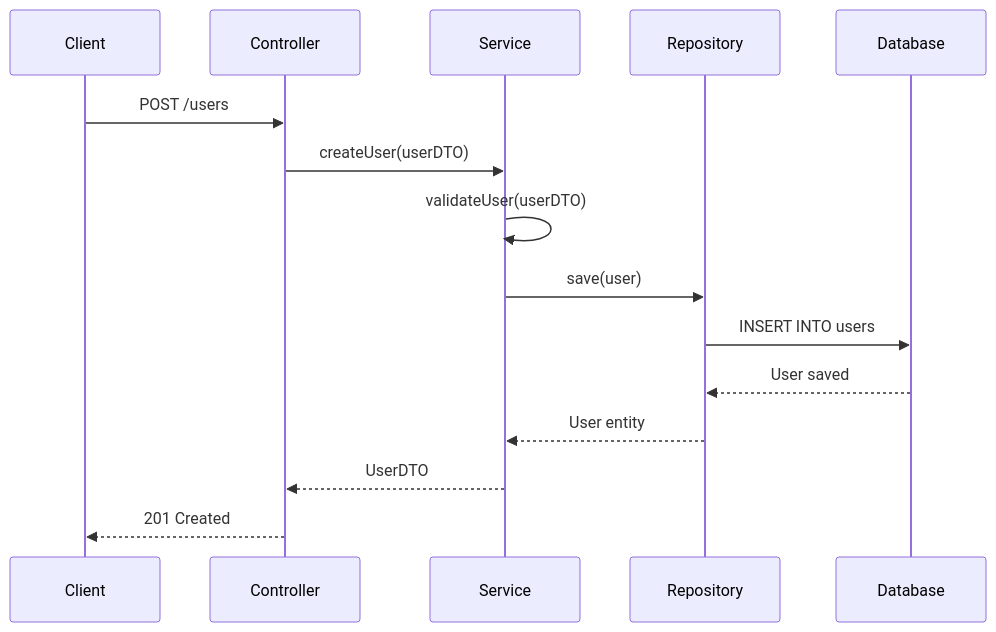
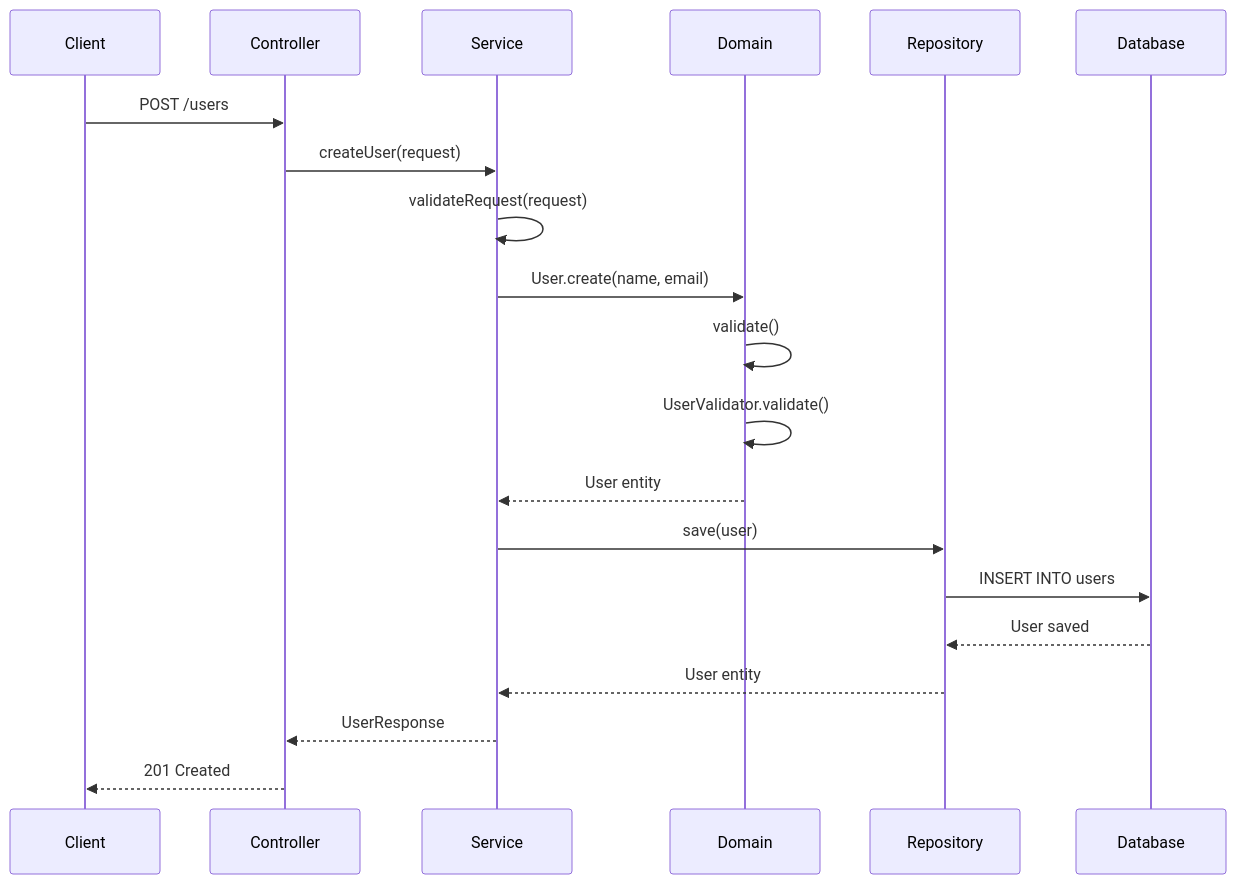
One commit to AlexCajeFelix/GRUPO-BUSINESS-BRASIL changed the second of 4 diagrams in README.md. Above: the diagram before and after it, drawn with Mermaid. The commit also changed other lines of this file, not shown here.

````diff
--- a/README.md
+++ b/README.md
@@ -376,18 +571,23 @@
 ```mermaid
 sequenceDiagram
     participant Client
     participant Controller
     participant Service
+    participant Domain
     participant Repository
     participant Database
     
     Client->>Controller: POST /users
-    Controller->>Service: createUser(userDTO)
-    Service->>Service: validateUser(userDTO)
+    Controller->>Service: createUser(request)
+    Service->>Service: validateRequest(request)
+    Service->>Domain: User.create(name, email)
+    Domain->>Domain: validate()
+    Domain->>Domain: UserValidator.validate()
+    Domain-->>Service: User entity
     Service->>Repository: save(user)
     Repository->>Database: INSERT INTO users
     Database-->>Repository: User saved
     Repository-->>Service: User entity
-    Service-->>Controller: UserDTO
+    Service-->>Controller: UserResponse
     Controller-->>Client: 201 Created
 ```
````
